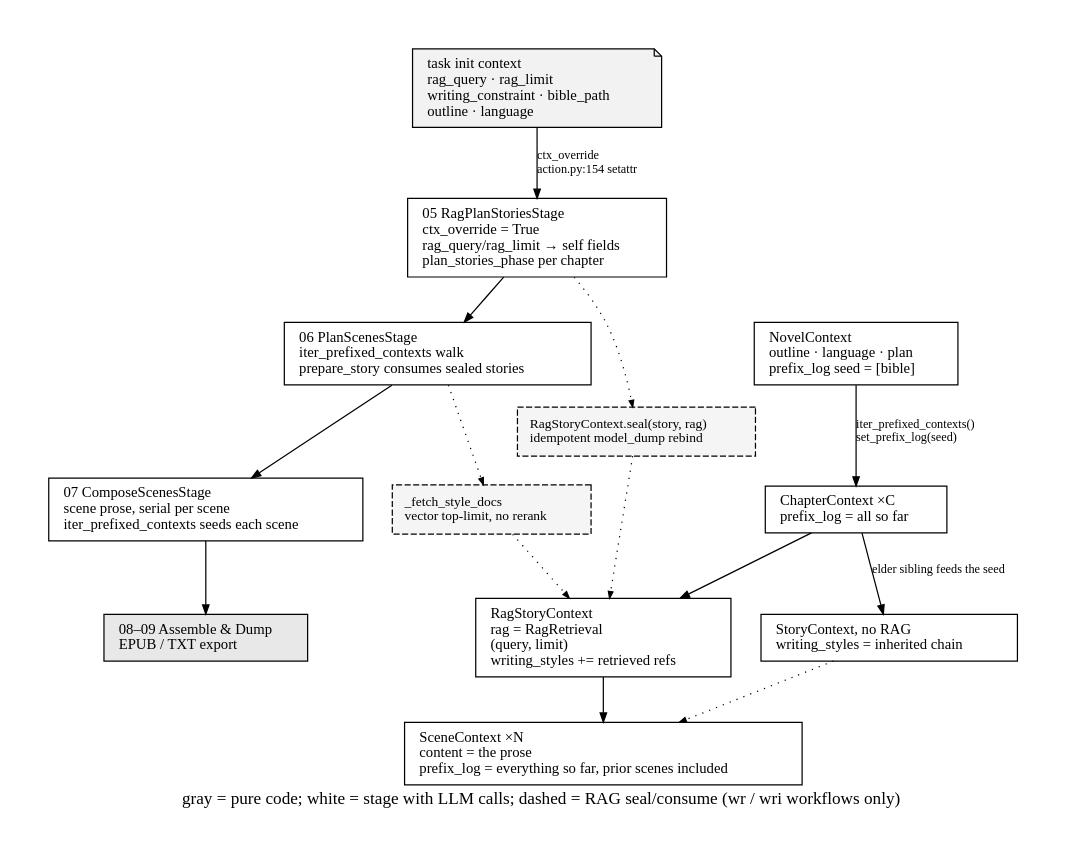
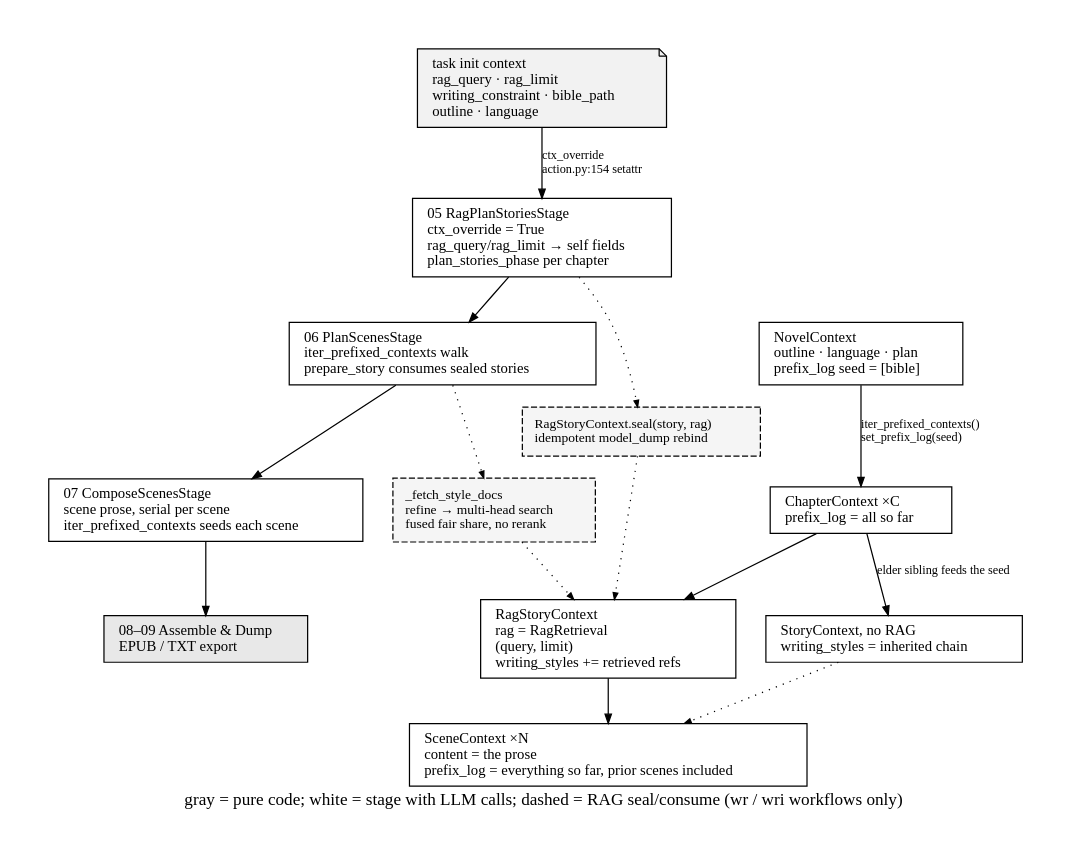
One commit to Whth/fabricatio changed the diagram in packages/fabricatio-novel/assets/context-flow.gv. Above: the diagram before and after it, drawn with Graphviz. The commit also changed 4 other files, not shown here.

First line of the commit message:
feat(novel): multi-head style reference retrieval

```diff
--- a/packages/fabricatio-novel/assets/context-flow.gv
+++ b/packages/fabricatio-novel/assets/context-flow.gv
@@ -1,52 +1,52 @@
 // fabricatio-novel: context flow — task props enter stages, stages create/consume the context tree.
 // Render: dot -Tsvg context-flow.gv -o context-flow.svg
 digraph context_flow {
     rankdir=TB;
     bgcolor="white";
     fontname="serif";
     pad="0.45";
     nodesep=0.34;
     ranksep=0.48;
     labelloc="b";
     label="  gray = pure code; white = stage with LLM calls; dashed = RAG seal/consume (wr / wri workflows only)";
 
     node [shape=box, style="filled", fillcolor="white", color="black",
           fontname="serif", fontsize=12, margin="0.16,0.09"];
     edge [color="black", arrowsize=0.75, fontname="serif", fontsize=10];
 
     // ---- left column: stage chain ----
     task   [label="task init context\l rag_query · rag_limit\l writing_constraint · bible_path\l outline · language\l", shape=note, fillcolor="#F2F2F2"];
     st05   [label="05 RagPlanStoriesStage\l ctx_override = True\l rag_query/rag_limit → self fields\l plan_stories_phase per chapter\l"];
     st06   [label="06 PlanScenesStage\l iter_prefixed_contexts walk\l prepare_story consumes sealed stories\l"];
     st07   [label="07 ComposeScenesStage\l scene prose, serial per scene\l iter_prefixed_contexts seeds each scene\l"];
     asm    [label="08–09 Assemble & Dump\l EPUB / TXT export\l", fillcolor="#E8E8E8"];
 
     task -> st05 [label=" ctx_override\l action.py:154 setattr\l"];
     st05 -> st06;
     st06 -> st07;
     st07 -> asm;
 
     // ---- right column: context tree ----
     novel [label="NovelContext\l outline · language · plan\l prefix_log seed = [bible]\l"];
     ch1   [label="ChapterContext ×C\l prefix_log = all so far\l"];
     s11   [label="RagStoryContext\l rag = RagRetrieval\l (query, limit)\l writing_styles += retrieved refs\l"];
     s12   [label="StoryContext, no RAG\l writing_styles = inherited chain\l"];
     sc    [label="SceneContext ×N\l content = the prose\l prefix_log = everything so far, prior scenes included\l"];
 
     novel -> ch1  [label=" iter_prefixed_contexts()\l set_prefix_log(seed)\l"];
     ch1  -> s11;
     ch1  -> s12   [label=" elder sibling feeds the seed\l"];
     s11  -> sc;
     s12  -> sc    [style=dotted, arrowsize=0.55, constraint=false];
 
     // ---- RAG seal / consume (dashed) ----
     node [style="filled, dashed", fillcolor="#F5F5F5", fontsize=11, margin="0.14,0.11"];
     edge [style=dotted, arrowsize=0.55, fontname="serif", fontsize=9];
 
     seal [label="RagStoryContext.seal(story, rag)\l idempotent model_dump rebind\l"];
-    fetch [label="_fetch_style_docs\l vector top-limit, no rerank\l"];
+    fetch [label="_fetch_style_docs\l refine → multi-head search\l fused fair share, no rerank\l"];
     st05 -> seal;
     seal -> s11;
     st06 -> fetch;
     fetch -> s11;
 }
```
